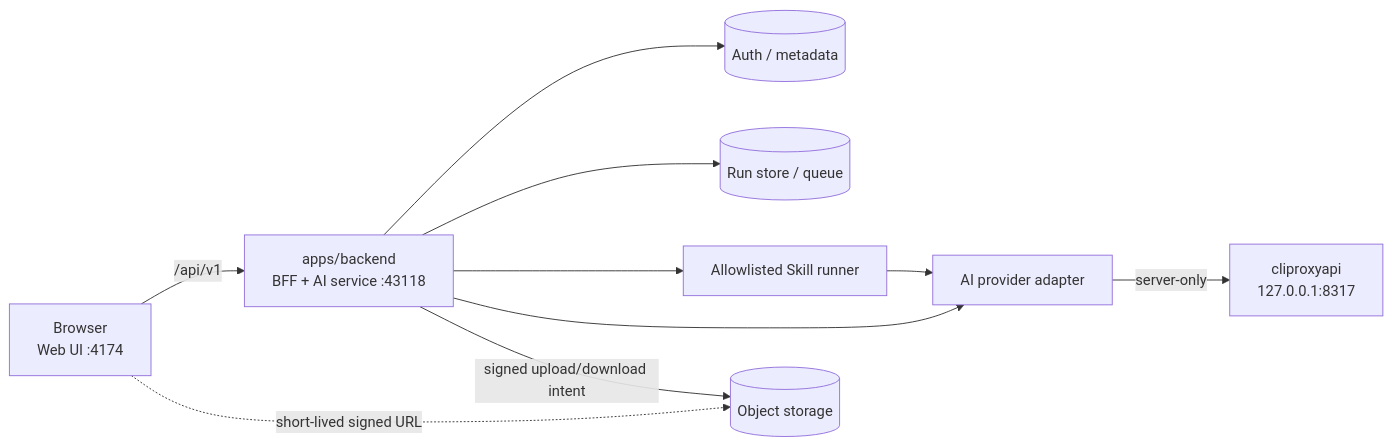
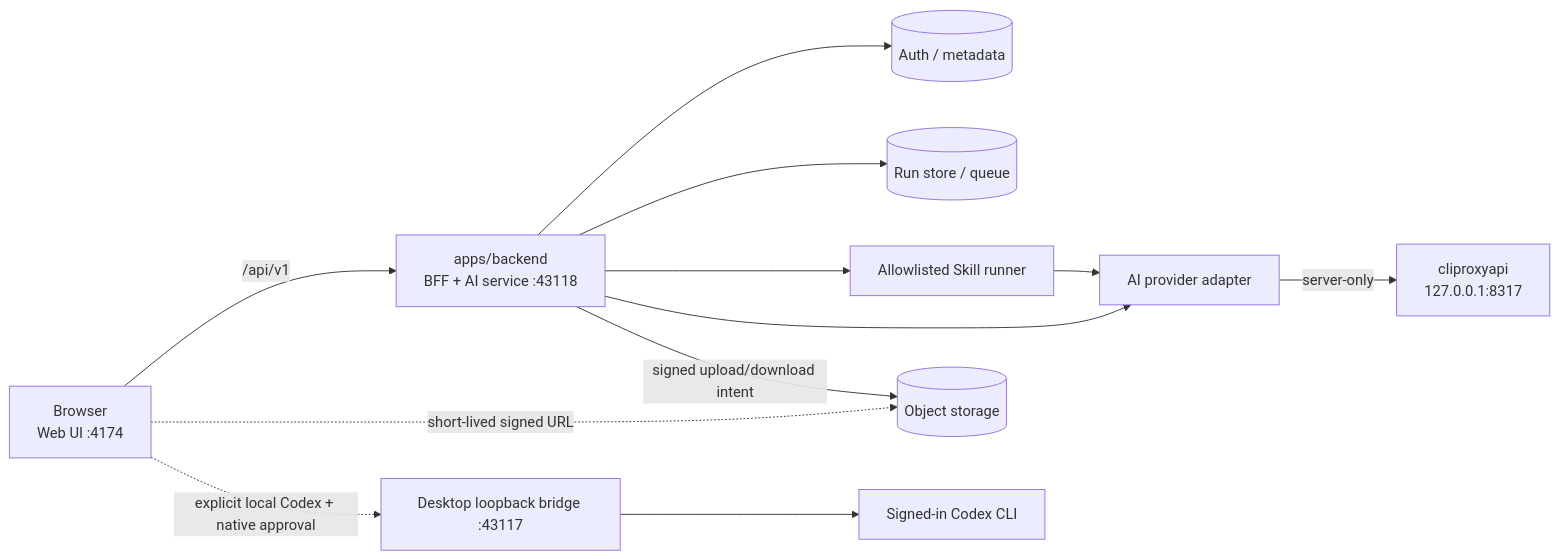
Before and after one commit to anton6202527/anime-armory: the diagram in docs/web-app-architecture.md, drawn with Mermaid. The commit also changed other lines of this file and 68 other files, not shown here.

````diff
--- a/docs/web-app-architecture.md
+++ b/docs/web-app-architecture.md
@@ -43,12 +44,14 @@
 ```mermaid
 flowchart LR
     Browser[Browser\nWeb UI :4174] -->|/api/v1| BFF[apps/backend\nBFF + AI service :43118]
     BFF --> Auth[(Auth / metadata)]
     BFF --> Jobs[(Run store / queue)]
     BFF --> SkillRunner[Allowlisted Skill runner]
     BFF --> AIAdapter[AI provider adapter]
     AIAdapter -->|server-only| CLIProxy[cliproxyapi\n127.0.0.1:8317]
     BFF -->|signed upload/download intent| ObjectStore[(Object storage)]
     Browser -. short-lived signed URL .-> ObjectStore
+    Browser -. explicit local Codex + native approval .-> LocalBridge[Desktop loopback bridge :43117]
+    LocalBridge --> CodexCLI[Signed-in Codex CLI]
     SkillRunner --> AIAdapter
 ```
````
